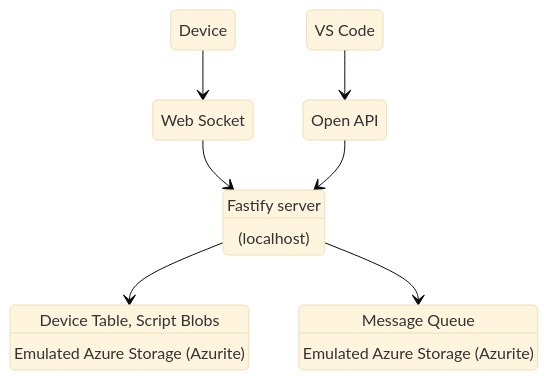
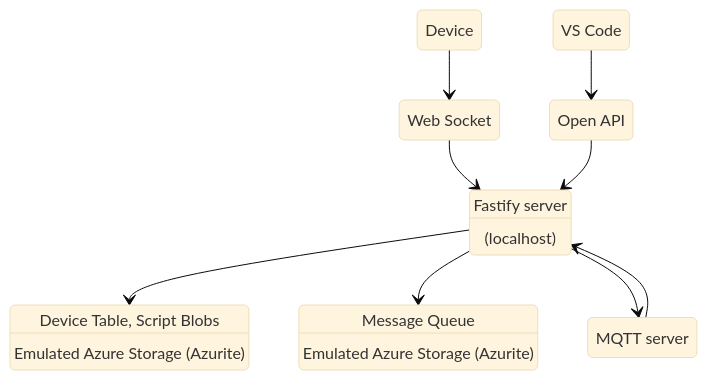
The first of 2 diagrams in website/docs/developer/cloud/gateway.mdx (microsoft/devicescript), drawn with Mermaid (base theme) before and after one commit. The commit also changed other lines of this file and 1 other file, not shown here.

Commit message:
docs on mqtt support

````diff
--- a/website/docs/developer/cloud/gateway.mdx
+++ b/website/docs/developer/cloud/gateway.mdx
@@ -57,21 +57,24 @@
 ```mermaid
 stateDiagram-v2
     web: Fastify server
     web: (localhost)
     dev: Device
     wssk: Web Socket
     openapi: Open API
     vscode: VS Code
     storage: Device Table, Script Blobs
     storage: Emulated Azure Storage (Azurite)
-    messages: Message Queue
-    messages: Emulated Azure Storage (Azurite)
+    queue: Message Queue
+    queue: Emulated Azure Storage (Azurite)
+    mqtt: MQTT server
 
     dev --> wssk
     wssk --> web
     openapi --> web
     web --> storage
-    web --> messages
+    web --> queue
+    web --> mqtt
+    mqtt --> web
     vscode --> openapi
 
 ```
````
